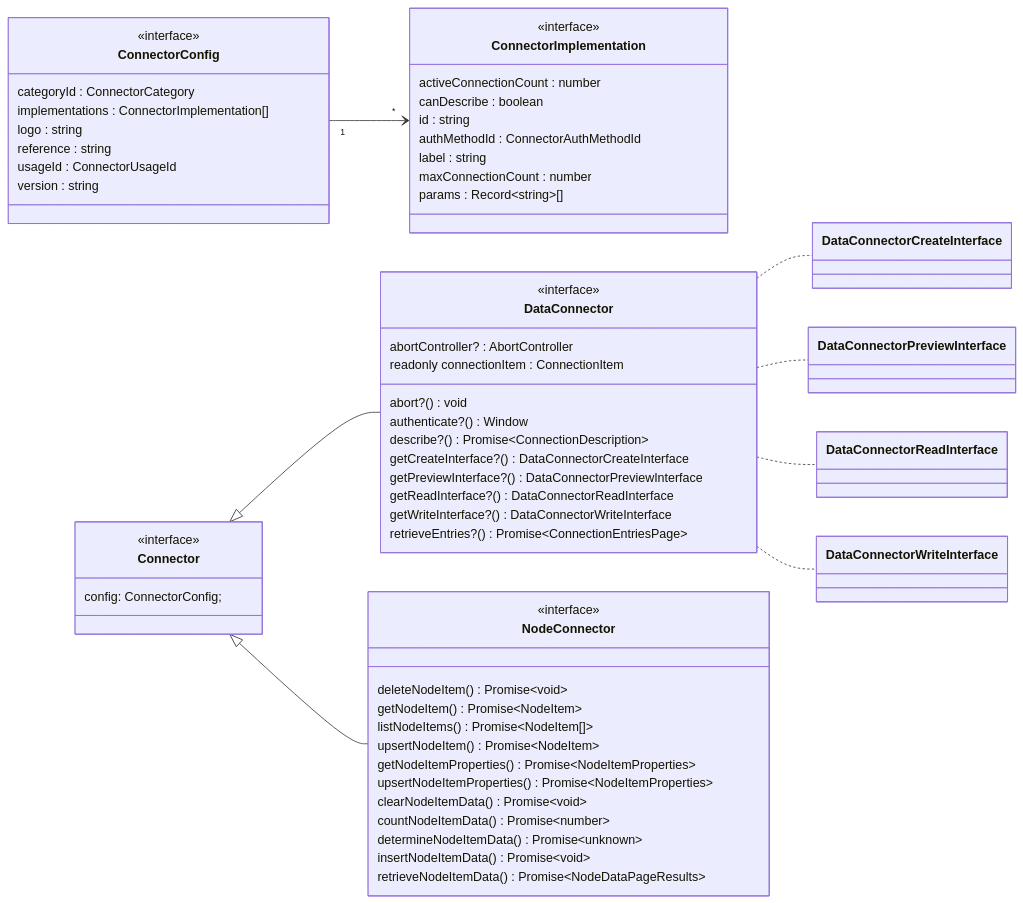
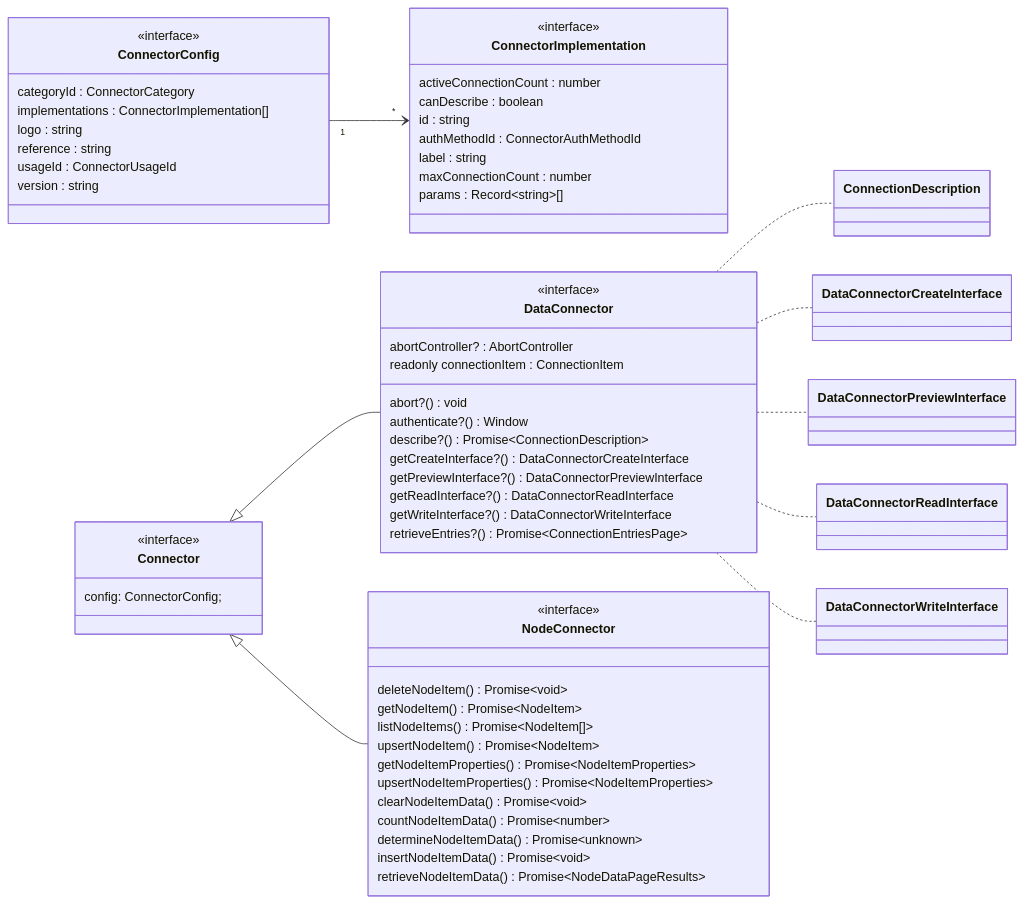
One commit to data-positioning/datapos-shared changed the fourth of 12 diagrams in README.md. Above: the diagram before and after it, drawn with Mermaid. The commit also changed other lines of this file and 3 other files, not shown here.

````diff
--- a/README.md
+++ b/README.md
@@ -104,71 +104,70 @@
 ```mermaid
 classDiagram
     direction LR
 
 
     class ConnectorConfig {
         <<interface>>
         categoryId : ConnectorCategory
         implementations : ConnectorImplementation[]
         logo : string
         reference : string
         usageId : ConnectorUsageId
         version : string
     }
 
     class Connector {
         <<interface>>
         config: ConnectorConfig;
     }
 
     class ConnectorImplementation {
         <<interface>>
 
         activeConnectionCount : number
         canDescribe : boolean
         id : string
         authMethodId : ConnectorAuthMethodId
         label : string
         maxConnectionCount : number
         params : Record~string~[]
     }
 
     class DataConnector {
         <<interface>>
         abortController? :  AbortController
         readonly connectionItem :  ConnectionItem
         abort?() void
         authenticate?() Window
         describe?() Promise~ConnectionDescription~
         getCreateInterface?() DataConnectorCreateInterface
         getPreviewInterface?() DataConnectorPreviewInterface
         getReadInterface?() DataConnectorReadInterface
         getWriteInterface?() DataConnectorWriteInterface
         retrieveEntries?() Promise~ConnectionEntriesPage~
     }
 
     class NodeConnector {
         <<interface>>
         deleteNodeItem() Promise~void~
         getNodeItem() Promise~NodeItem~
         listNodeItems() Promise~NodeItem[]~
         upsertNodeItem() Promise~NodeItem~
         getNodeItemProperties() Promise~NodeItemProperties~
         upsertNodeItemProperties() Promise~NodeItemProperties~
         clearNodeItemData() Promise~void~
         countNodeItemData() Promise~number~
         determineNodeItemData() Promise~unknown~
         insertNodeItemData() Promise~void~
         retrieveNodeItemData() Promise~NodeDataPageResults~
     }
 
-    %%ComponentConfig <|-- ConnectorConfig
     ConnectorConfig "1" --> "*" ConnectorImplementation
-    %%Component <|-- Connector
     Connector <|-- DataConnector
+    DataConnector .. ConnectionDescription
     DataConnector .. DataConnectorCreateInterface
     DataConnector .. DataConnectorPreviewInterface
     DataConnector .. DataConnectorReadInterface
     DataConnector .. DataConnectorWriteInterface
     Connector <|-- NodeConnector
 ```
````
